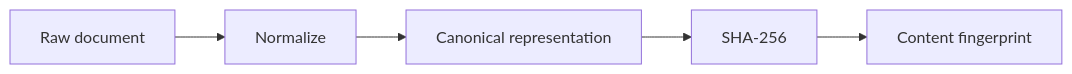
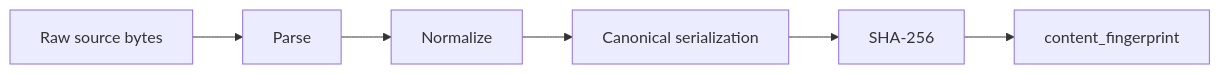
One commit to kumarchandansingh/tropos changed the fifth of 17 diagrams in docs/learning/ENTERPRISE_KNOWLEDGE_SYSTEMS_INTERVIEW_GUIDE.md. Above: the diagram before and after it, drawn with Mermaid. The commit also changed other lines of this file, not shown here.

````diff
--- a/docs/learning/ENTERPRISE_KNOWLEDGE_SYSTEMS_INTERVIEW_GUIDE.md
+++ b/docs/learning/ENTERPRISE_KNOWLEDGE_SYSTEMS_INTERVIEW_GUIDE.md
@@ -104,7 +312,8 @@
 ```mermaid
 flowchart LR
-    R[Raw document] --> N[Normalize]
-    N --> C[Canonical representation]
-    C --> H[SHA-256]
-    H --> F[Content fingerprint]
+    A[Raw source bytes] --> B[Parse]
+    B --> C[Normalize]
+    C --> D[Canonical serialization]
+    D --> E[SHA-256]
+    E --> F[content_fingerprint]
 ```
````
